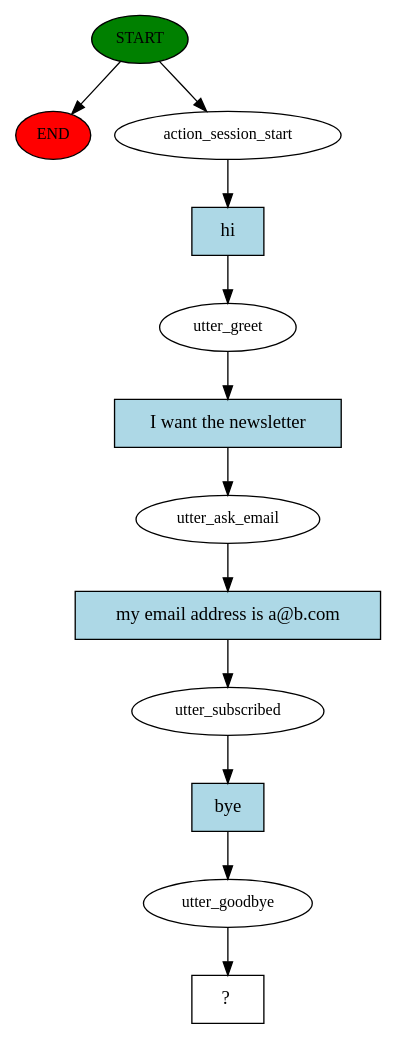
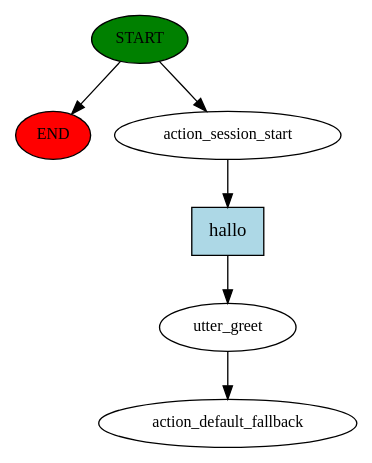
Before and after one commit to nico-klein/rasa-raspberry: the diagram in bot1/story_graph.dot, drawn with Graphviz. The commit also changed 9 other files, not shown here.

```diff
--- a/bot1/story_graph.dot
+++ b/bot1/story_graph.dot
@@ -1,25 +1,13 @@
 digraph  {
 0 [class="start active", fillcolor=green, fontsize=12, label=START, style=filled];
 "-1" [class=end, fillcolor=red, fontsize=12, label=END, style=filled];
 1 [class=active, fontsize=12, label=action_session_start];
 2 [class=active, fontsize=12, label=utter_greet];
-3 [class=active, fontsize=12, label=utter_ask_email];
-4 [class=active, fontsize=12, label=utter_subscribed];
-5 [class=active, fontsize=12, label=utter_goodbye];
-6 [class="intent dashed active", label="  ?  ", shape=rect];
-7 [class="intent active", fillcolor=lightblue, label=hi, shape=rect, style=filled];
-8 [class="intent active", fillcolor=lightblue, label="I want the newsletter", shape=rect, style=filled];
-9 [class="intent active", fillcolor=lightblue, label="my email address is a@b.com", shape=rect, style=filled];
-10 [class="intent active", fillcolor=lightblue, label=bye, shape=rect, style=filled];
+3 [class="dashed active", fontsize=12, label=action_default_fallback];
+4 [class="intent active", fillcolor=lightblue, label=hallo, shape=rect, style=filled];
 0 -> "-1"  [class="", key=NONE, label=""];
 0 -> 1  [class=active, key=NONE, label=""];
-1 -> 7  [class=active, key=0];
-2 -> 8  [class=active, key=0];
-3 -> 9  [class=active, key=0];
-4 -> 10  [class=active, key=0];
-5 -> 6  [class=active, key=NONE, label=""];
-7 -> 2  [class=active, key=0];
-8 -> 3  [class=active, key=0];
-9 -> 4  [class=active, key=0];
-10 -> 5  [class=active, key=0];
+1 -> 4  [class=active, key=0];
+2 -> 3  [class=active, key=NONE, label=""];
+4 -> 2  [class=active, key=0];
 }
```
